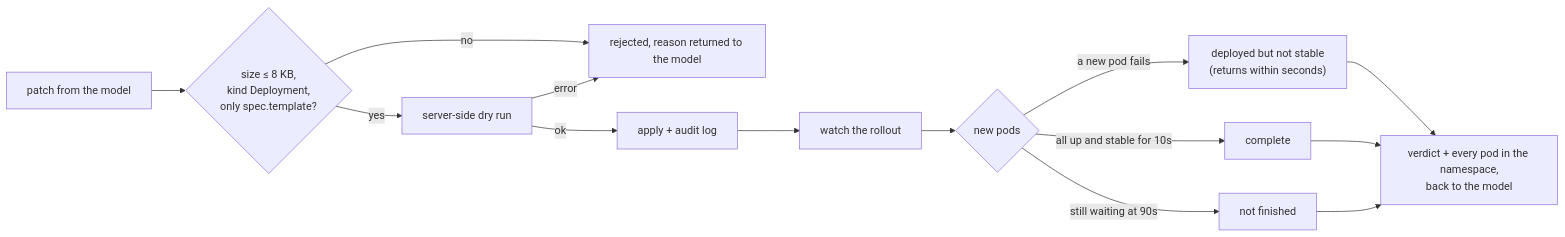
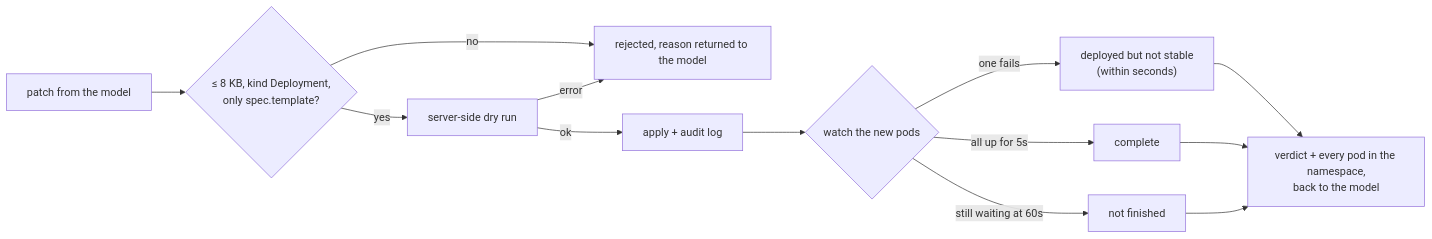
One commit to zaansaeed/k8s-reconcile changed the fourth of 5 diagrams in README.md. Above: the diagram before and after it, drawn with Mermaid. The commit also changed other lines of this file and 54 other files, not shown here.

````diff
--- a/README.md
+++ b/README.md
@@ -73,14 +93,13 @@
 ```mermaid
 flowchart LR
-    A[patch from the model] --> B{"size ≤ 8 KB,<br/>kind Deployment,<br/>only spec.template?"}
+    A[patch from the model] --> B{"≤ 8 KB, kind Deployment,<br/>only spec.template?"}
     B -- no --> X[rejected, reason returned to the model]
     B -- yes --> C[server-side dry run]
     C -- error --> X
     C -- ok --> D[apply + audit log]
-    D --> E[watch the rollout]
-    E --> F{new pods}
-    F -- "a new pod fails" --> G["deployed but not stable<br/>(returns within seconds)"]
-    F -- "all up and stable for 10s" --> H[complete]
-    F -- "still waiting at 90s" --> I[not finished]
-    G & H & I --> J[verdict + every pod in the namespace,<br/>back to the model]
+    D --> E{watch the new pods}
+    E -- "one fails" --> G["deployed but not stable<br/>(within seconds)"]
+    E -- "all up for 5s" --> H[complete]
+    E -- "still waiting at 60s" --> I[not finished]
+    G & H & I --> J["verdict + every pod in the namespace,<br/>back to the model"]
 ```
````
